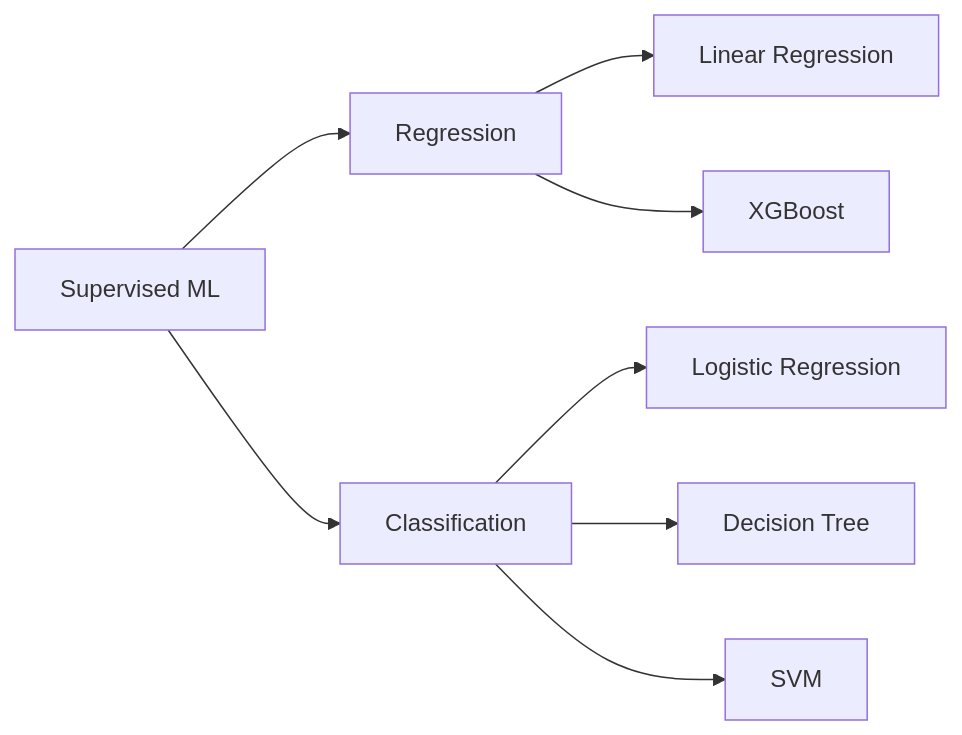
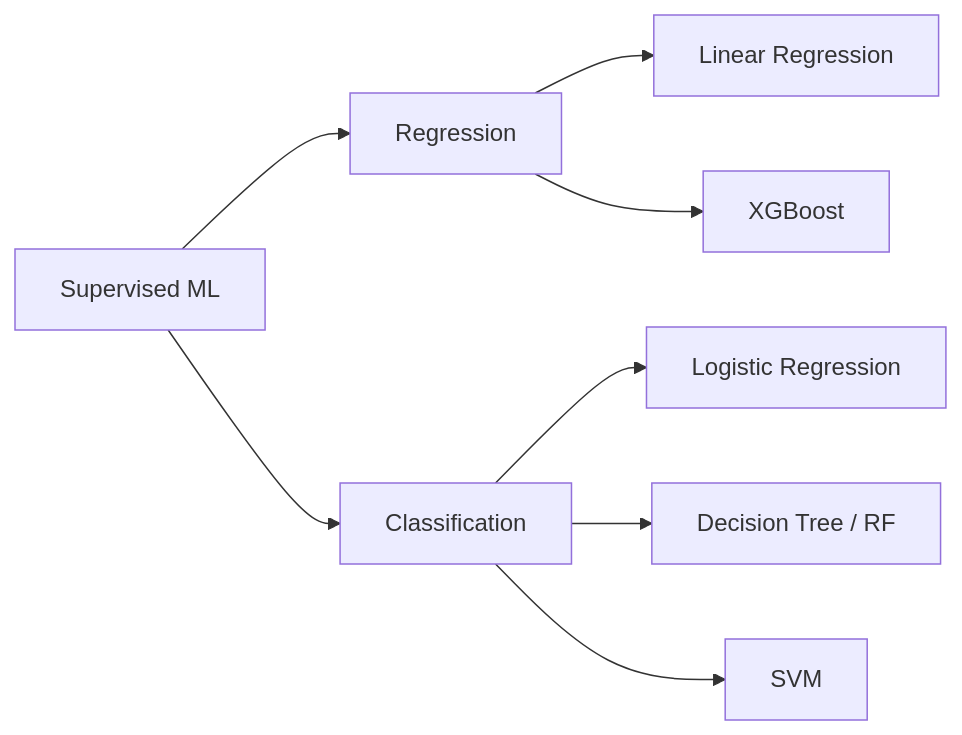
The second of 3 diagrams in Week - 2/readme.md (ShadowMonarchX/ai-ml-internship), drawn with Mermaid before and after one commit. The commit also changed other lines of this file, not shown here.

````diff
--- a/Week - 2/readme.md
+++ b/Week - 2/readme.md
@@ -166,10 +178,10 @@
 ```mermaid
 graph LR
 A[Supervised ML] --> B[Regression]
 A --> C[Classification]
 B --> D[Linear Regression]
 B --> E[XGBoost]
 C --> F[Logistic Regression]
-C --> G[Decision Tree]
+C --> G[Decision Tree / RF]
 C --> H[SVM]
 ```
````
